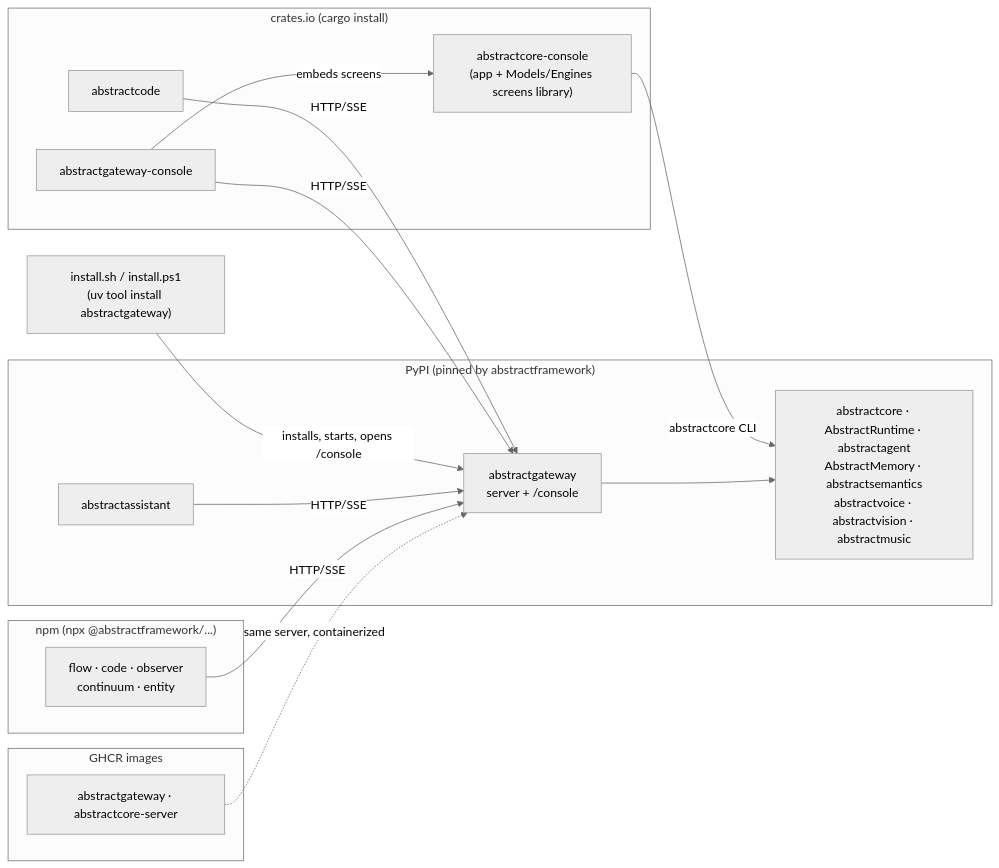
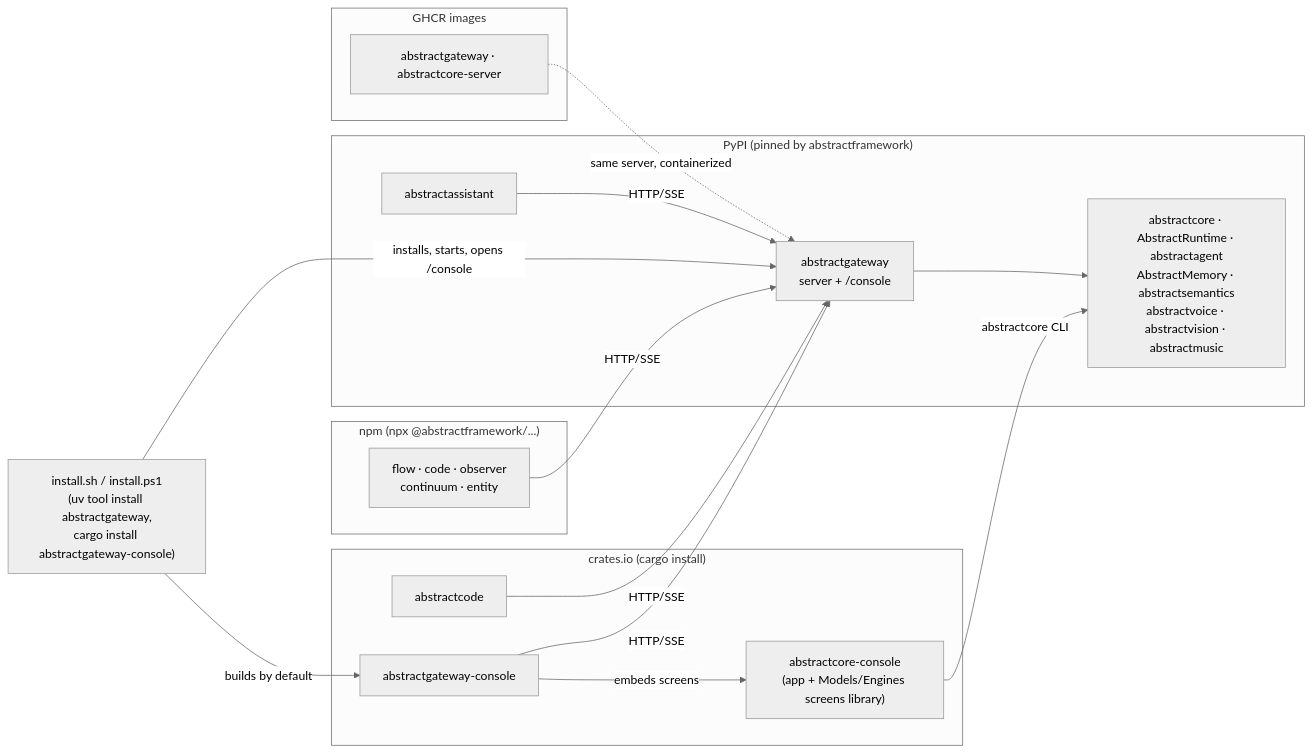
The second of 6 diagrams in docs/architecture.md (lpalbou/AbstractFramework), drawn with Mermaid (neutral theme) before and after one commit. The commit also changed 16 other files, not shown here.

````diff
--- a/docs/architecture.md
+++ b/docs/architecture.md
@@ -131,29 +131,30 @@
 ```mermaid
 flowchart LR
     subgraph PyPI["PyPI (pinned by abstractframework)"]
         GW["abstractgateway<br/>server + /console"]
         AS["abstractassistant"]
         STACK["abstractcore · AbstractRuntime · abstractagent<br/>AbstractMemory · abstractsemantics<br/>abstractvoice · abstractvision · abstractmusic"]
     end
     subgraph npm["npm (npx @abstractframework/...)"]
         APPS["flow · code · observer<br/>continuum · entity"]
     end
     subgraph crates["crates.io (cargo install)"]
         CLI["abstractcode"]
         CON["abstractgateway-console"]
         CCON["abstractcore-console<br/>(app + Models/Engines screens library)"]
     end
     subgraph GHCR["GHCR images"]
         IMG["abstractgateway · abstractcore-server"]
     end
-    BOOT["install.sh / install.ps1<br/>(uv tool install abstractgateway)"]
+    BOOT["install.sh / install.ps1<br/>(uv tool install abstractgateway,<br/>cargo install abstractgateway-console)"]
     BOOT -->|installs, starts, opens /console| GW
+    BOOT -->|builds by default| CON
     AS -->|HTTP/SSE| GW
     APPS -->|HTTP/SSE| GW
     CLI -->|HTTP/SSE| GW
     CON -->|HTTP/SSE| GW
     CON -->|embeds screens| CCON
     CCON -->|abstractcore CLI| STACK
     GW --> STACK
     IMG -.->|same server, containerized| GW
 ```
````
